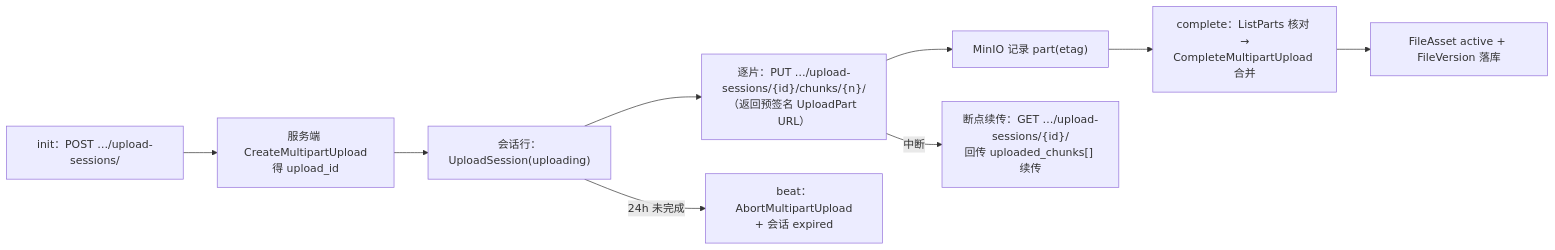
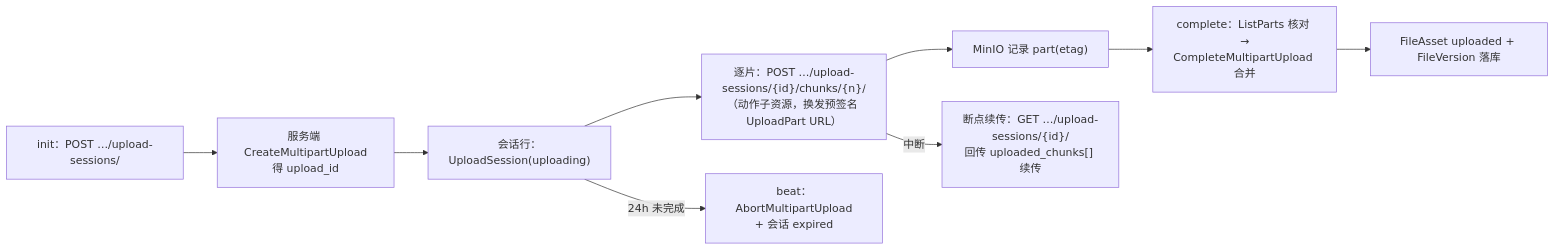
The first of 5 diagrams in docs/sprint-4-gantt-file/FILE-003-preview-version.md (RabbitAI-Lab/RabbitProjects), drawn with Mermaid before and after one commit. The commit also changed other lines of this file and 6 other files, not shown here.

````diff
--- a/docs/sprint-4-gantt-file/FILE-003-preview-version.md
+++ b/docs/sprint-4-gantt-file/FILE-003-preview-version.md
@@ -36,11 +36,11 @@
 ```mermaid
 flowchart LR
     A["init：POST …/upload-sessions/"] --> B["服务端 CreateMultipartUpload<br/>得 upload_id"]
     B --> C["会话行：UploadSession(uploading)"]
-    C --> D["逐片：PUT …/upload-sessions/{id}/chunks/{n}/<br/>（返回预签名 UploadPart URL）"]
+    C --> D["逐片：POST …/upload-sessions/{id}/chunks/{n}/<br/>（动作子资源，换发预签名 UploadPart URL）"]
     D --> E["MinIO 记录 part(etag)"]
     E --> F["complete：ListParts 核对 →<br/>CompleteMultipartUpload 合并"]
-    F --> G["FileAsset active + FileVersion 落库"]
+    F --> G["FileAsset uploaded + FileVersion 落库"]
     D -->|中断| H["断点续传：GET …/upload-sessions/{id}/<br/>回传 uploaded_chunks[] 续传"]
     C -->|24h 未完成| I["beat：AbortMultipartUpload<br/>+ 会话 expired"]
 ```
````
